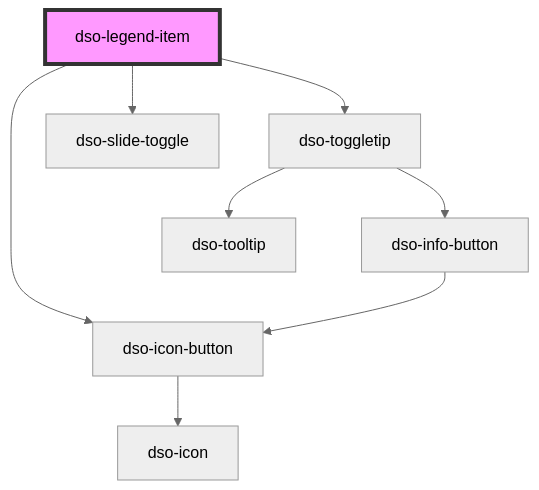
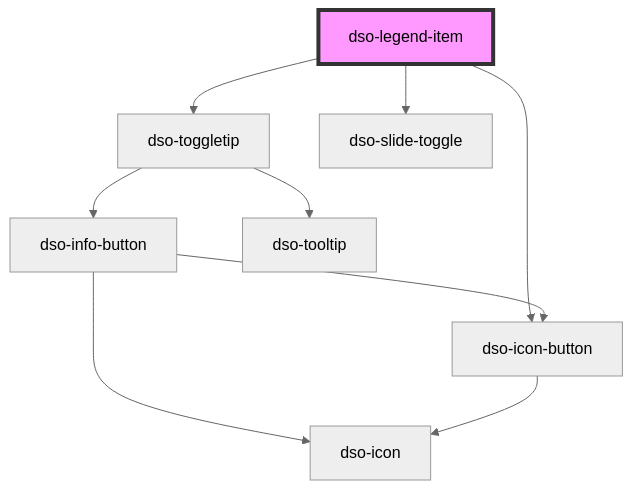
The diagram in packages/core/src/components/legend-item/readme.md (dso-toolkit/dso-toolkit), drawn with Mermaid (neutral theme) before and after one commit. The commit also changed 12 other files, not shown here.

Commit message:
#2315 [Added] Info button: Adds icon-button to info-button. Comment the secondary prop to be removed in a new issue

````diff
--- a/packages/core/src/components/legend-item/readme.md
+++ b/packages/core/src/components/legend-item/readme.md
@@ -44,11 +44,12 @@
 ```mermaid
 graph TD;
   dso-legend-item --> dso-toggletip
   dso-legend-item --> dso-icon-button
   dso-legend-item --> dso-slide-toggle
   dso-toggletip --> dso-info-button
   dso-toggletip --> dso-tooltip
   dso-info-button --> dso-icon-button
+  dso-info-button --> dso-icon
   dso-icon-button --> dso-icon
   style dso-legend-item fill:#f9f,stroke:#333,stroke-width:4px
 ```
````
